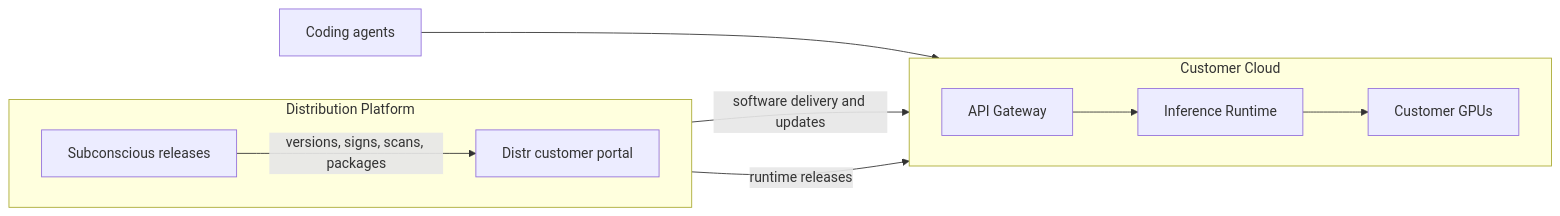
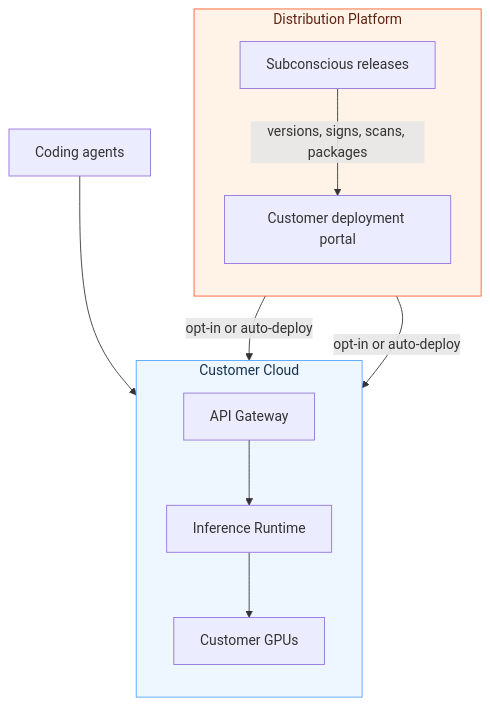
Before and after one commit to subconscious-systems/subconscious-docs: the diagram in on-prem/how-it-works.mdx, drawn with Mermaid.

Commit message:
improving system diagram

````diff
--- a/on-prem/how-it-works.mdx
+++ b/on-prem/how-it-works.mdx
@@ -14,24 +14,27 @@
 ```mermaid
-flowchart LR
+flowchart TD
   subgraph distribution["Distribution Platform"]
-    direction LR
+    direction TB
     releases["Subconscious releases"]
-    distr["Distr customer portal"]
+    distr["Customer deployment portal"]
     releases -->|"versions, signs, scans, packages"| distr
   end
 
   codingAgents["Coding agents"]
 
   subgraph customer["Customer Cloud"]
-    direction LR
+    direction TB
     gateway["API Gateway"]
     runtime["Inference Runtime"]
     gpus["Customer GPUs"]
     gateway --> runtime
     runtime --> gpus
   end
 
   codingAgents --> gateway
-  distr -->|"software delivery and updates"| gateway
-  distr -->|"runtime releases"| runtime
+  distr -->|"opt-in or auto-deploy"| gateway
+  distr -->|"opt-in or auto-deploy"| runtime
+
+  style distribution fill:#fff3e8,stroke:#ff5c28,stroke-width:1px,color:#5f2411
+  style customer fill:#eef7ff,stroke:#4ea3ff,stroke-width:1px,color:#17324d
 ```
````
